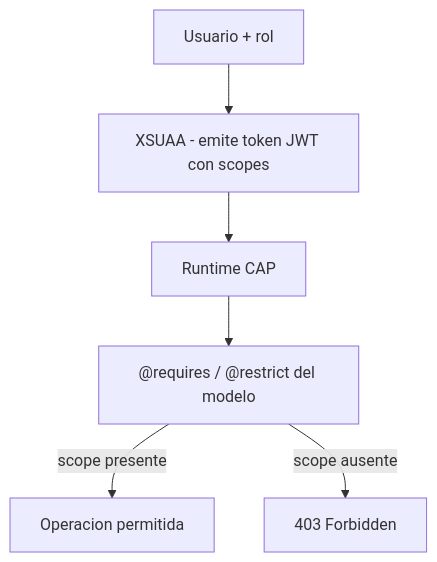
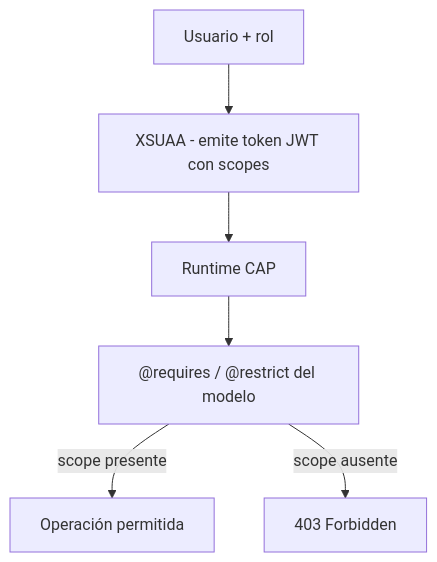
Before and after one commit to logalitech/blog-content: the diagram in es/cap-auth-xsuaa.mdx, drawn with Mermaid. The commit also changed other lines of this file and 49 other files, not shown here.

````diff
--- a/es/cap-auth-xsuaa.mdx
+++ b/es/cap-auth-xsuaa.mdx
@@ -20,8 +20,8 @@
 ```mermaid
 flowchart TD
  U["Usuario + rol"] --> X["XSUAA - emite token JWT con scopes"]
  X --> C["Runtime CAP"]
  C --> R["@requires / @restrict del modelo"]
- R -->|"scope presente"| OK["Operacion permitida"]
+ R -->|"scope presente"| OK["Operación permitida"]
  R -->|"scope ausente"| NO["403 Forbidden"]
 ```
````
